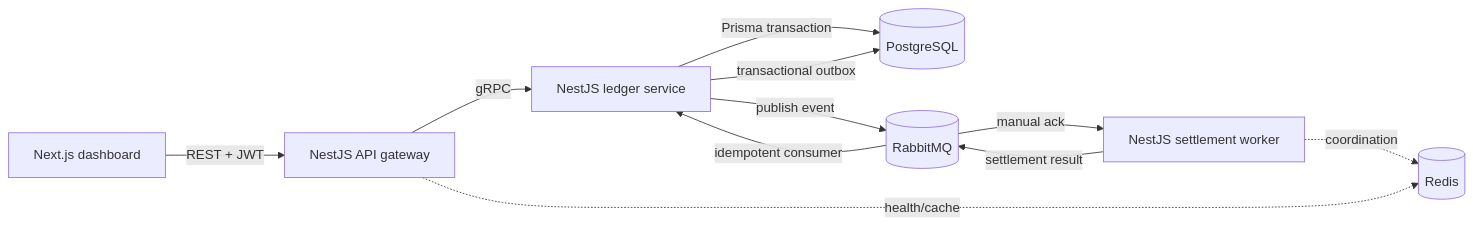
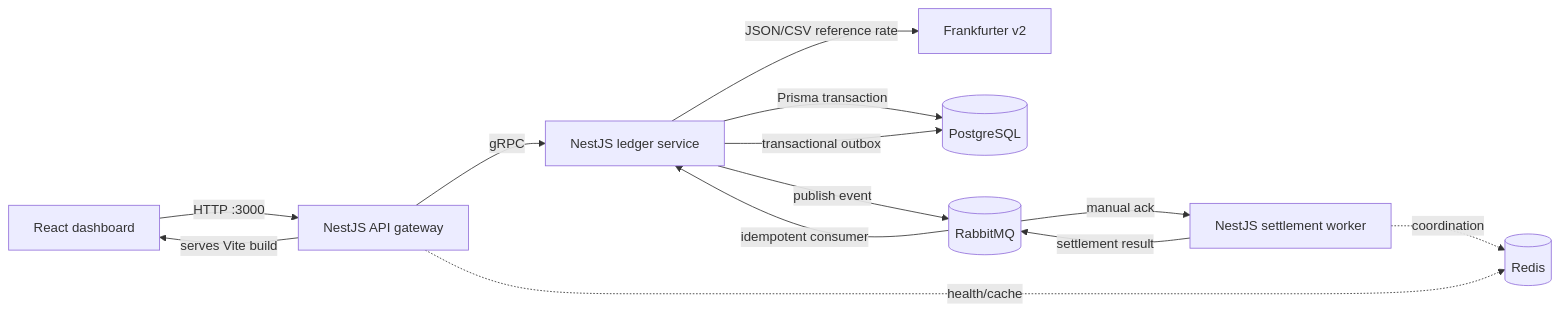
The diagram in docs/design/ledgerflow-mvp.md (Kamellion-Dev/ledger-flow), drawn with Mermaid before and after one commit. The commit also changed other lines of this file and 1 other file, not shown here.

First line of the commit message:
docs: align LedgerFlow with the implemented simulator

````diff
--- a/docs/design/ledgerflow-mvp.md
+++ b/docs/design/ledgerflow-mvp.md
@@ -48,13 +54,15 @@
 ```mermaid
 flowchart LR
-  Web[Next.js dashboard] -->|REST + JWT| Gateway[NestJS API gateway]
+  Browser[React dashboard] -->|HTTP :3000| Gateway[NestJS API gateway]
+  Gateway -->|serves Vite build| Browser
   Gateway -->|gRPC| Ledger[NestJS ledger service]
+  Ledger -->|JSON/CSV reference rate| Frankfurter[Frankfurter v2]
   Ledger -->|Prisma transaction| Postgres[(PostgreSQL)]
   Ledger -->|transactional outbox| Postgres
   Ledger -->|publish event| Rabbit[(RabbitMQ)]
   Rabbit -->|manual ack| Worker[NestJS settlement worker]
   Worker -->|settlement result| Rabbit
   Rabbit -->|idempotent consumer| Ledger
   Gateway -. health/cache .-> Redis[(Redis)]
   Worker -. coordination .-> Redis
 ```
````
